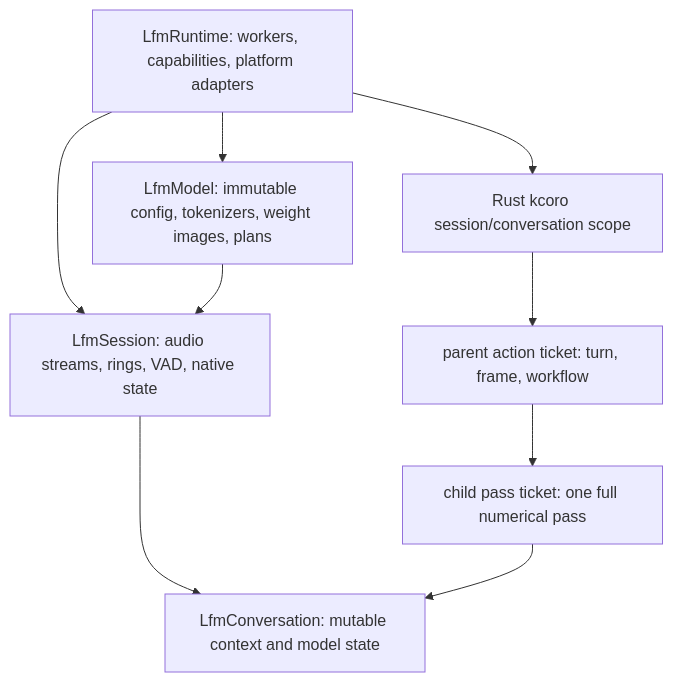
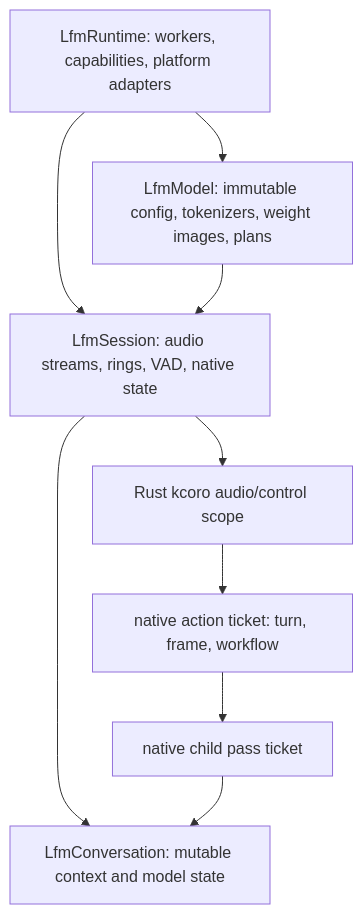
Before and after one commit to SolaceHarmony/emberharmony: the diagram in specs/11-kcoro-native-migration/01-runtime-abi-and-settings.md, drawn with Mermaid. The commit also changed other lines of this file and 36 other files, not shown here.

````diff
--- a/specs/11-kcoro-native-migration/01-runtime-abi-and-settings.md
+++ b/specs/11-kcoro-native-migration/01-runtime-abi-and-settings.md
@@ -63,19 +64,19 @@
 ```mermaid
 flowchart TB
     Runtime["LfmRuntime: workers, capabilities, platform adapters"]
     Model["LfmModel: immutable config, tokenizers, weight images, plans"]
     Session["LfmSession: audio streams, rings, VAD, native state"]
-    Scope["Rust kcoro session/conversation scope"]
+    Scope["Rust kcoro audio/control scope"]
     Conv["LfmConversation: mutable context and model state"]
-    Action["parent action ticket: turn, frame, workflow"]
-    Pass["child pass ticket: one full numerical pass"]
+    Action["native action ticket: turn, frame, workflow"]
+    Pass["native child pass ticket"]
 
     Runtime --> Model
     Runtime --> Session
-    Runtime --> Scope
+    Session --> Scope
     Model --> Session
     Session --> Conv
     Scope --> Action
     Action --> Pass
     Pass --> Conv
 ```
````
